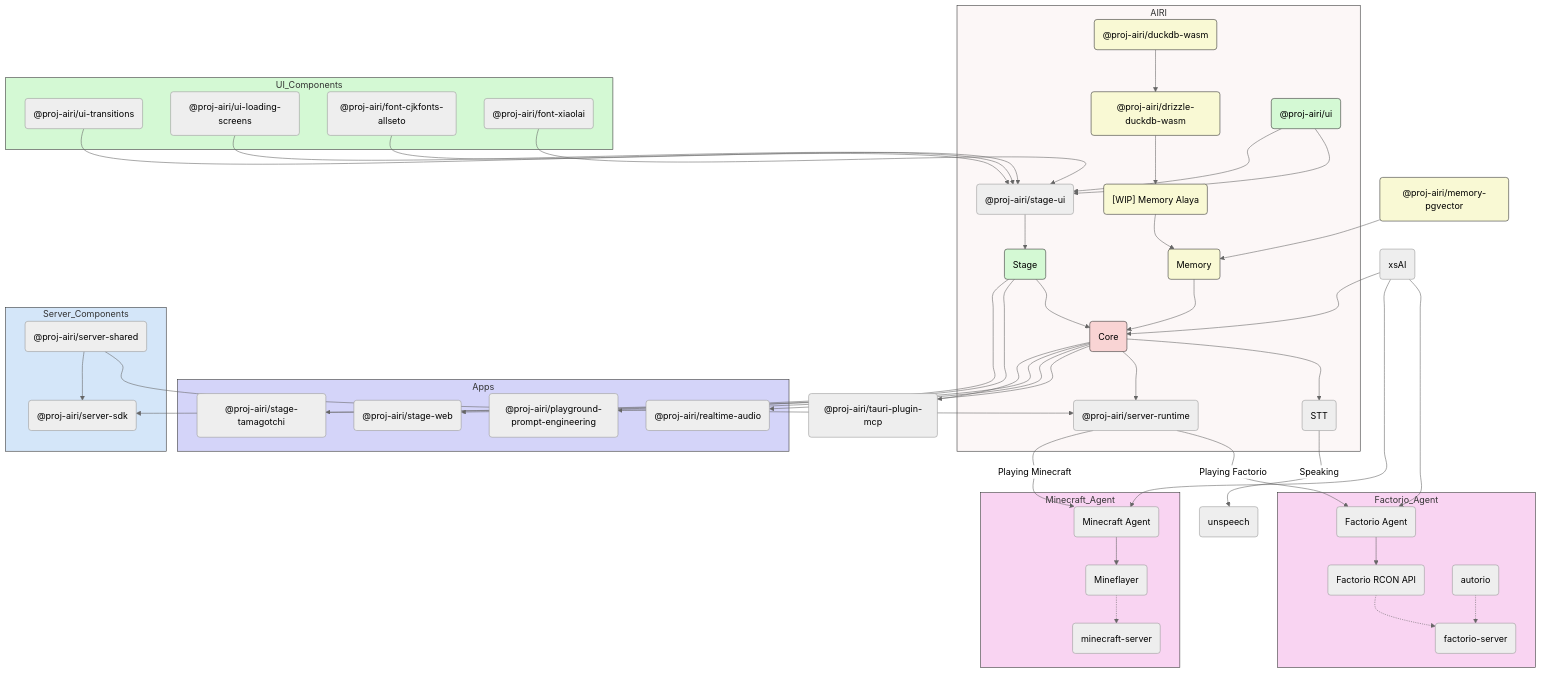
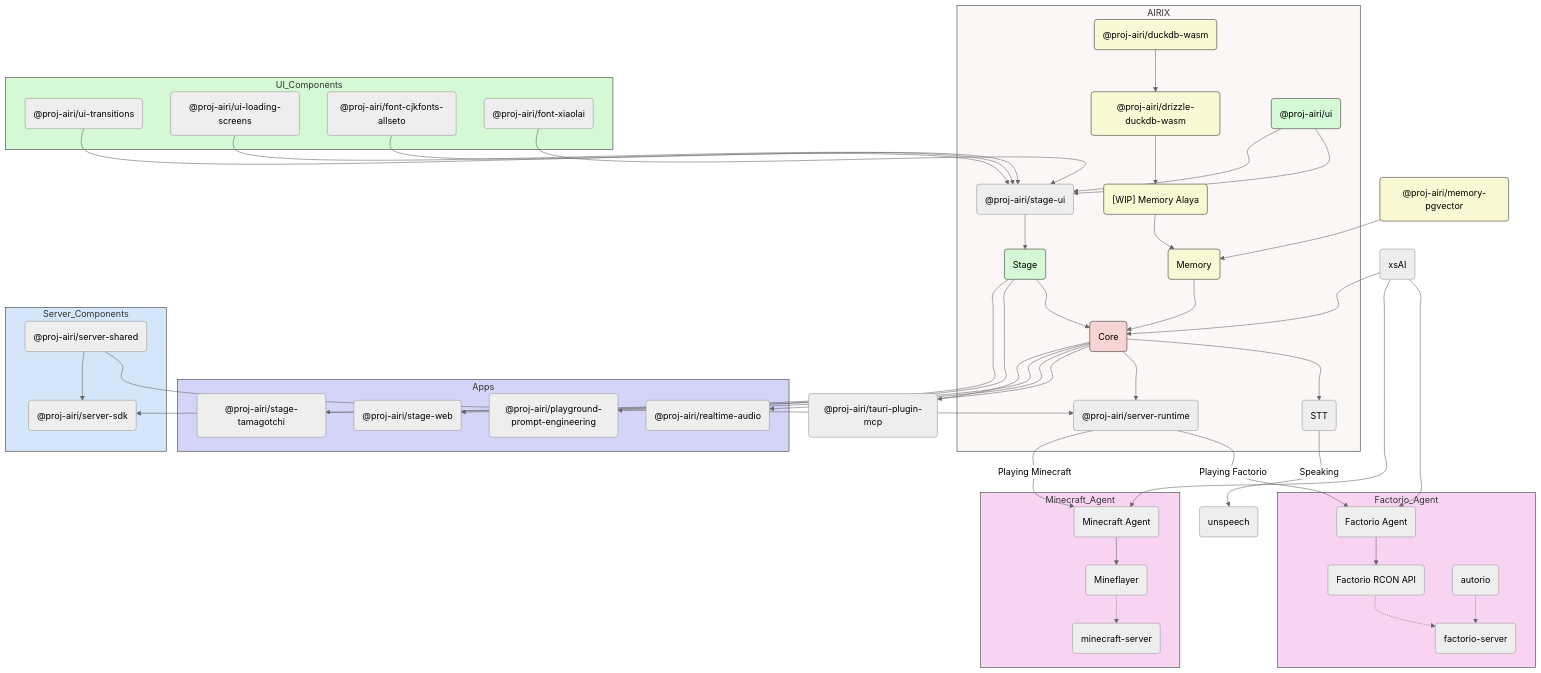
Before and after one commit to moeru-ai/airi: the diagram in README.md, drawn with Mermaid (neutral theme). The commit also changed other lines of this file and 133 other files, not shown here.

```diff
--- a/README.md
+++ b/README.md
@@ -249,7 +266,7 @@
   StageUI("@proj-airi/stage-ui")
   UI("@proj-airi/ui")
 
-  subgraph AIRI
+  subgraph AIRIX
     DB1 --> DBDriver --> MemoryDriver --> Memory --> Core
     UI --> StageUI --> Stage --> Core
     Core --> STT
@@ -307,7 +324,7 @@
   Memory_PGVector("@proj-airi/memory-pgvector") --> Memory
 
   style Core fill:#f9d4d4,stroke:#333,stroke-width:1px
-  style AIRI fill:#fcf7f7,stroke:#333,stroke-width:1px
+  style AIRIX fill:#fcf7f7,stroke:#333,stroke-width:1px
   style UI fill:#d4f9d4,stroke:#333,stroke-width:1px
   style Stage fill:#d4f9d4,stroke:#333,stroke-width:1px
   style UI_Components fill:#d4f9d4,stroke:#333,stroke-width:1px
```
